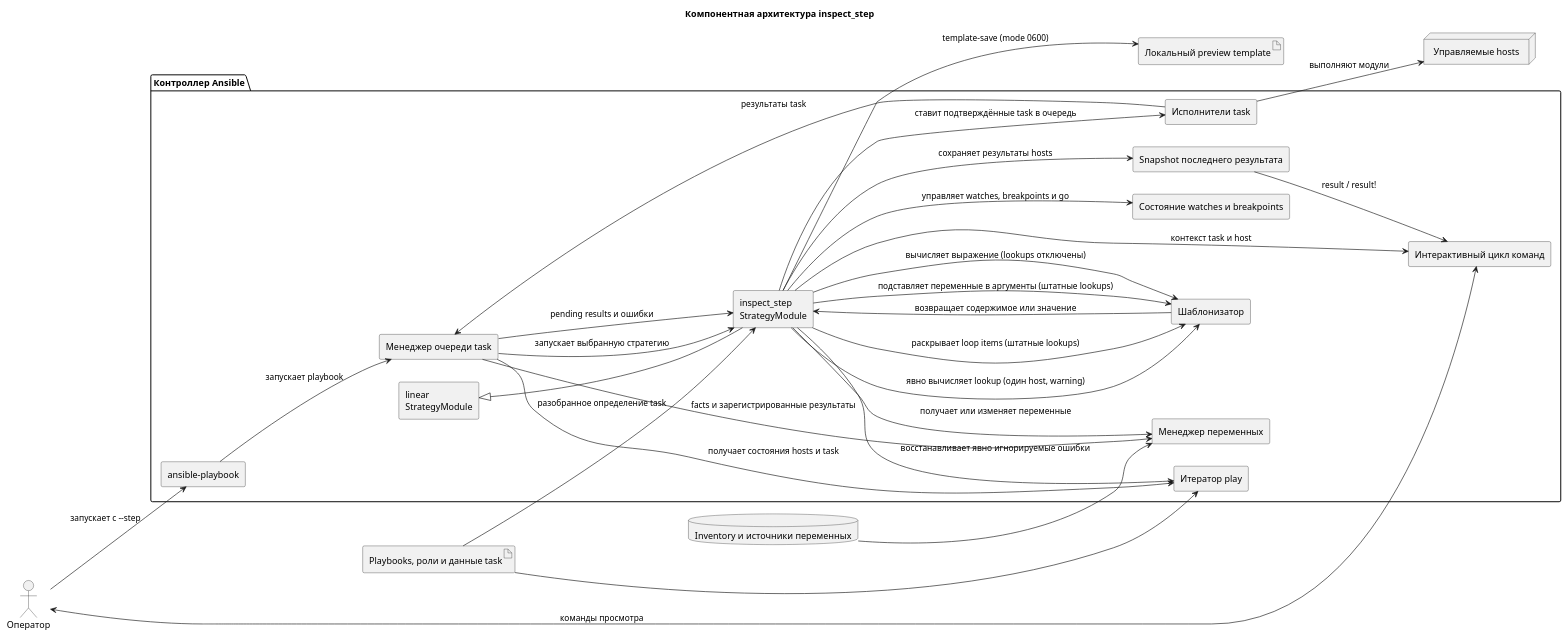
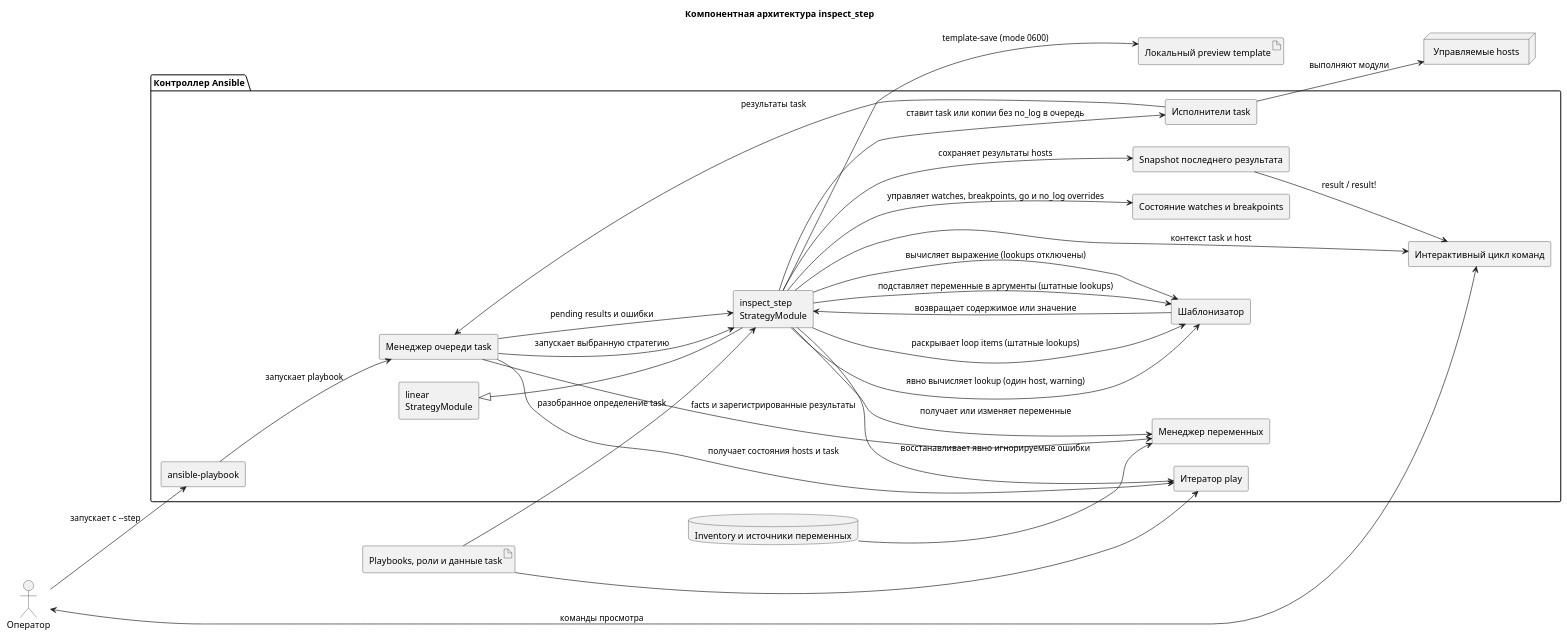
One commit to dtarasov7/ansible-debug changed the diagram in diagramms/architecture-ru.puml. Above: the diagram before and after it, drawn with PlantUML. The commit also changed 12 other files, not shown here.

```diff
--- a/diagramms/architecture-ru.puml
+++ b/diagramms/architecture-ru.puml
@@ -1,56 +1,56 @@
 @startuml
 title Компонентная архитектура inspect_step
 
 left to right direction
 skinparam componentStyle rectangle
 skinparam shadowing false
 
 actor "Оператор" as Operator
 
 package "Контроллер Ansible" {
   component "ansible-playbook" as CLI
   component "Менеджер очереди task" as TQM
   component "Итератор play" as Iterator
   component "linear\nStrategyModule" as Linear
   component "inspect_step\nStrategyModule" as Inspector
   component "Интерактивный цикл команд" as Prompt
   component "Состояние watches и breakpoints" as DebugState
   component "Snapshot последнего результата" as ResultState
   component "Менеджер переменных" as Variables
   component "Шаблонизатор" as Templar
   component "Исполнители task" as Workers
 }
 
 database "Inventory и источники переменных" as Inventory
 artifact "Playbooks, роли и данные task" as Sources
 artifact "Локальный preview template" as Preview
 node "Управляемые hosts" as Hosts
 
 Operator --> CLI : запускает с --step
 Operator <--> Prompt : команды просмотра
 CLI --> TQM : запускает playbook
 TQM --> Iterator : получает состояния hosts и task
 TQM --> Inspector : запускает выбранную стратегию
 Linear <|-- Inspector
 Inspector --> Prompt : контекст task и host
-Inspector --> DebugState : управляет watches, breakpoints и go
+Inspector --> DebugState : управляет watches, breakpoints, go и no_log overrides
 Inspector --> Variables : получает или изменяет переменные
 Inspector --> Templar : подставляет переменные в аргументы (штатные lookups)
 Inspector --> Templar : вычисляет выражение (lookups отключены)
 Inspector --> Templar : явно вычисляет lookup (один host, warning)
 Inspector --> Templar : раскрывает loop items (штатные lookups)
 Templar --> Inspector : возвращает содержимое или значение
 Inspector --> Preview : template-save (mode 0600)
-Inspector --> Workers : ставит подтверждённые task в очередь
+Inspector --> Workers : ставит task или копии без no_log в очередь
 Inventory --> Variables
 Sources --> Iterator
 Sources --> Inspector : разобранное определение task
 Workers --> Hosts : выполняют модули
 Workers --> TQM : результаты task
 TQM --> Inspector : pending results и ошибки
 Inspector --> ResultState : сохраняет результаты hosts
 ResultState --> Prompt : result / result!
 Inspector --> Iterator : восстанавливает явно игнорируемые ошибки
 TQM --> Variables : facts и зарегистрированные результаты
 
 @enduml
```
